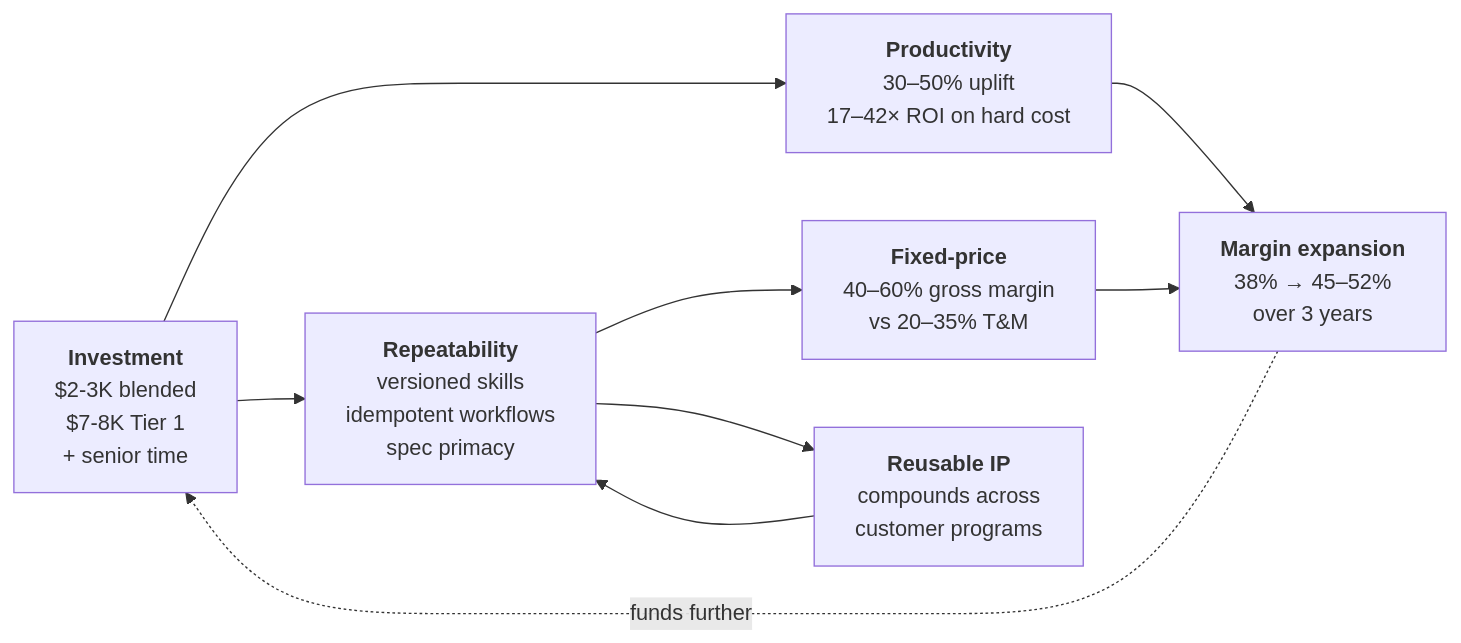
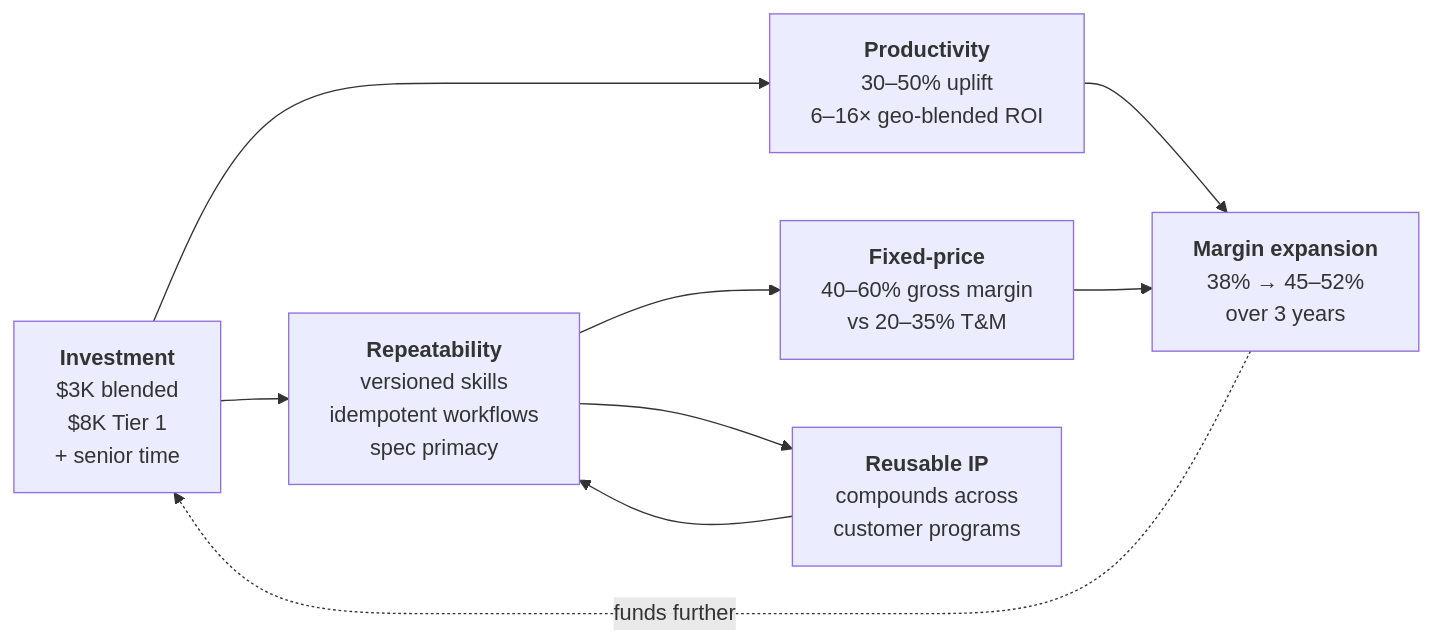
The second of 4 diagrams in agent-engineering-whitepaper.md (issamjadar-eng/PDLC_DEMO), drawn with Mermaid before and after one commit. The commit also changed other lines of this file and 2 other files, not shown here.

First line of the commit message:
task ben/034: tier model — Claude Max 200/100 minimums + geographic mix

````diff
--- a/agent-engineering-whitepaper.md
+++ b/agent-engineering-whitepaper.md
@@ -730,18 +753,18 @@
 ```mermaid
 flowchart LR
-    INV["<b>Investment</b><br/>$2-3K blended<br/>$7-8K Tier 1<br/>+ senior time"]
-    PROD["<b>Productivity</b><br/>30–50% uplift<br/>17–42× ROI on hard cost"]
+    INV["<b>Investment</b><br/>$3K blended<br/>$8K Tier 1<br/>+ senior time"]
+    PROD["<b>Productivity</b><br/>30–50% uplift<br/>6–16× geo-blended ROI"]
     REPEAT["<b>Repeatability</b><br/>versioned skills<br/>idempotent workflows<br/>spec primacy"]
     FIXED["<b>Fixed-price</b><br/>40–60% gross margin<br/>vs 20–35% T&amp;M"]
     IP["<b>Reusable IP</b><br/>compounds across<br/>customer programs"]
     MARGIN["<b>Margin expansion</b><br/>38% → 45–52%<br/>over 3 years"]
 
     INV --> PROD
     INV --> REPEAT
     PROD --> MARGIN
     REPEAT --> FIXED
     REPEAT --> IP
     FIXED --> MARGIN
     IP --> REPEAT
     MARGIN -.->|funds further| INV
 ```
````
